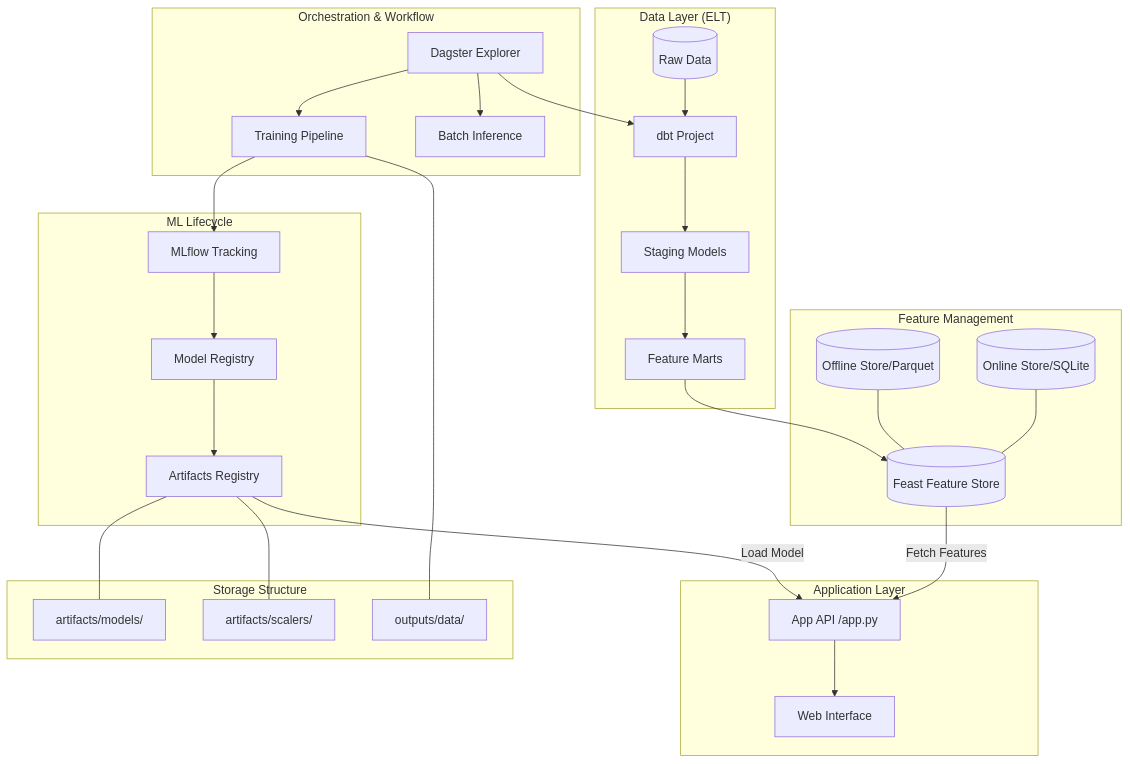
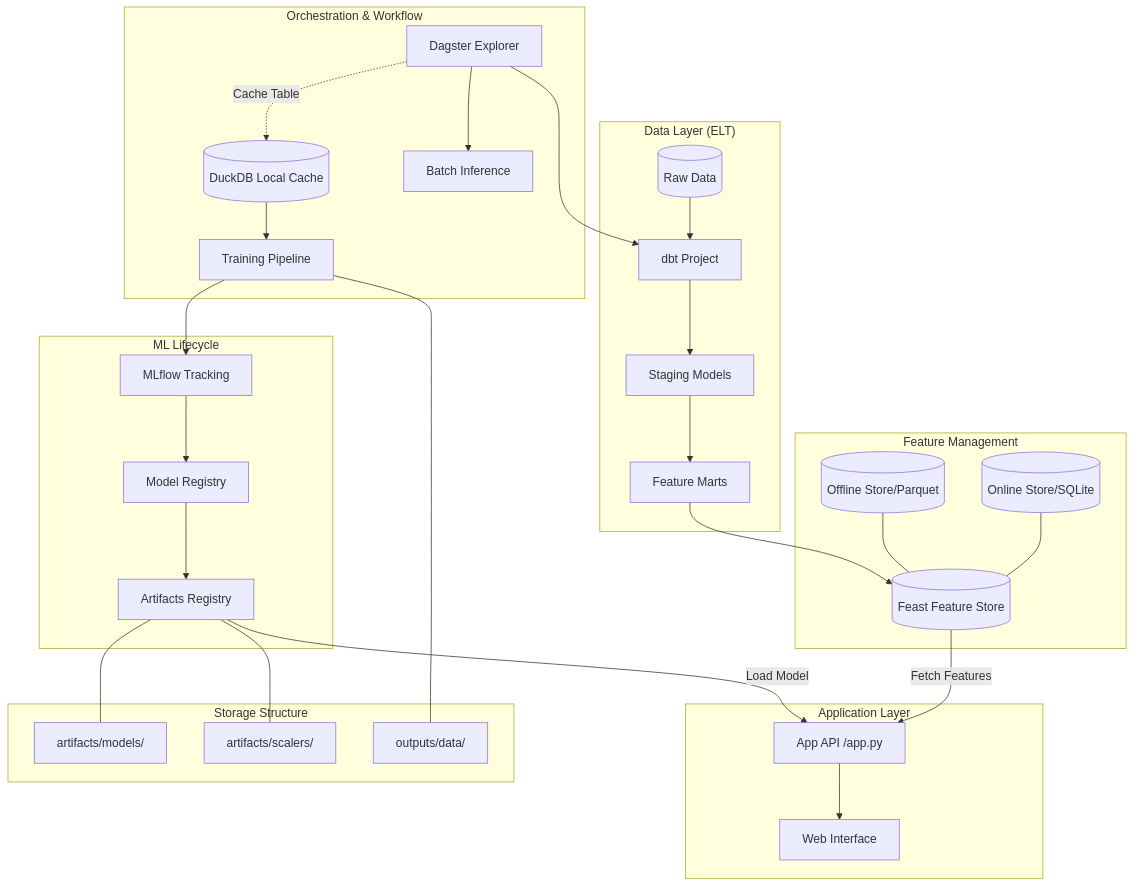
The diagram in agent_docs/ARCHITECTURE.md (atto-financial/ml-research), drawn with Mermaid before and after one commit. The commit also changed other lines of this file and 15 other files, not shown here.

````diff
--- a/agent_docs/ARCHITECTURE.md
+++ b/agent_docs/ARCHITECTURE.md
@@ -7,38 +7,39 @@
 ```mermaid
 graph TD
     subgraph "Data Layer (ELT)"
         RawData[(Raw Data)] --> dbt[dbt Project]
         dbt --> Staging[Staging Models]
         Staging --> Marts[Feature Marts]
     end
 
     subgraph "Feature Management"
         Marts --> Feast[(Feast Feature Store)]
         FeastOffline[(Offline Store/Parquet)] --- Feast
         FeastOnline[(Online Store/SQLite)] --- Feast
     end
 
     subgraph "Orchestration & Workflow"
         Dagster[Dagster Explorer] --> dbt
-        Dagster --> TrainingJob[Training Pipeline]
+        Dagster -.->|Cache Table| DuckDB[(DuckDB Local Cache)]
+        DuckDB --> TrainingJob[Training Pipeline]
         Dagster --> Inference[Batch Inference]
     end
 
     subgraph "ML Lifecycle"
         TrainingJob --> MLflow[MLflow Tracking]
         MLflow --> ModelRegistry[Model Registry]
         ModelRegistry --> Artifacts[Artifacts Registry]
     end
 
     subgraph "Application Layer"
         Artifacts -->|Load Model| AppAPI[App API /app.py]
         Feast -->|Fetch Features| AppAPI
         AppAPI --> Frontend[Web Interface]
     end
 
     subgraph "Storage Structure"
         Artifacts --- Models[artifacts/models/]
         Artifacts --- Scalers[artifacts/scalers/]
         TrainingJob --- Outputs[outputs/data/]
     end
 ```
````
